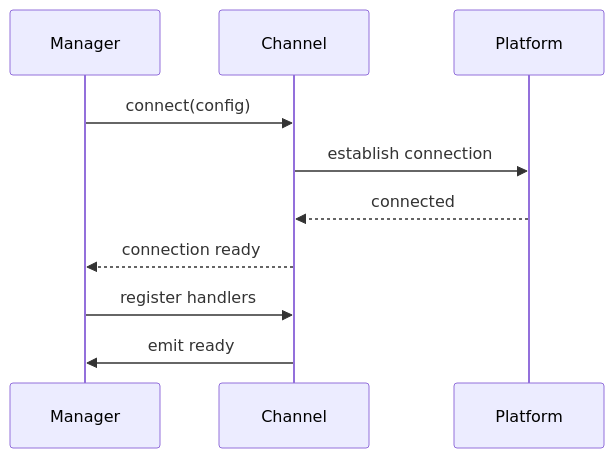
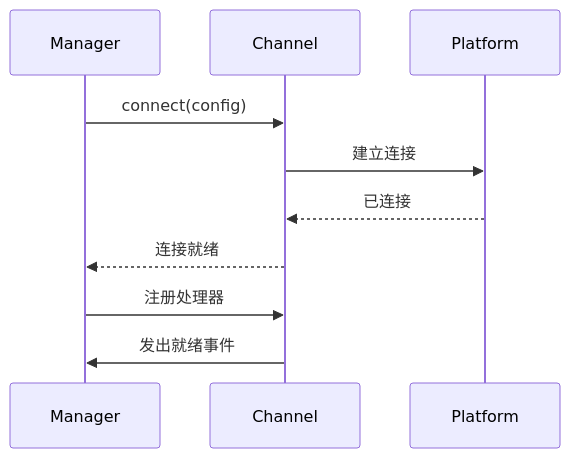
The third of 4 diagrams in docs/zh/architecture-book/part-5-channels/01-channel-architecture.md (a576378368/openclaw_docs), drawn with Mermaid before and after one commit. The commit also changed other lines of this file and 13 other files, not shown here.

````diff
--- a/docs/zh/architecture-book/part-5-channels/01-channel-architecture.md
+++ b/docs/zh/architecture-book/part-5-channels/01-channel-architecture.md
@@ -157,13 +157,13 @@
 ```mermaid
 sequenceDiagram
     participant Manager
     participant Channel
     participant Platform
 
     Manager->>Channel: connect(config)
-    Channel->>Platform: establish connection
-    Platform-->>Channel: connected
-    Channel-->>Manager: connection ready
-    Manager->>Channel: register handlers
-    Channel->>Manager: emit ready
+    Channel->>Platform: 建立连接
+    Platform-->>Channel: 已连接
+    Channel-->>Manager: 连接就绪
+    Manager->>Channel: 注册处理器
+    Channel->>Manager: 发出就绪事件
 ```
````
